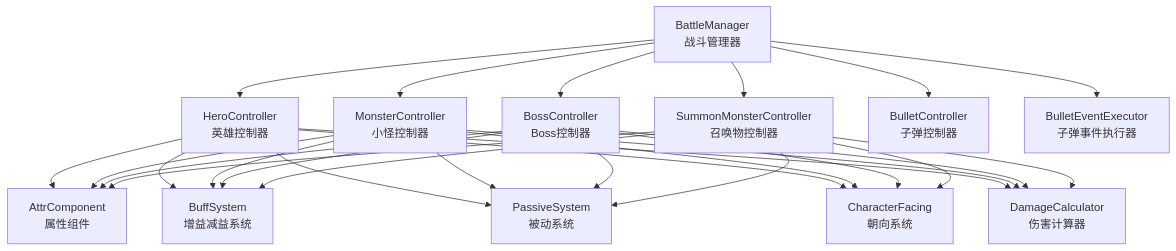
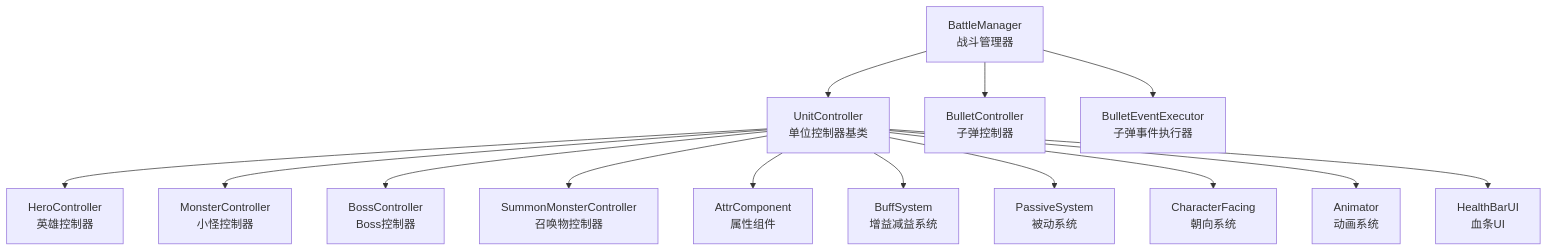
Before and after one commit to Tuusen/p1_client: the first of 7 diagrams in .qoder/repowiki/zh/content/战斗系统/角色控制器/角色控制器.md, drawn with Mermaid. The commit also changed other lines of this file and 13 other files, not shown here.

````diff
--- a/.qoder/repowiki/zh/content/战斗系统/角色控制器/角色控制器.md
+++ b/.qoder/repowiki/zh/content/战斗系统/角色控制器/角色控制器.md
@@ -40,29 +41,16 @@
 ```mermaid
 graph TB
-BM["BattleManager<br/>战斗管理器"] --> HC["HeroController<br/>英雄控制器"]
-BM --> MC["MonsterController<br/>小怪控制器"]
-BM --> BC["BossController<br/>Boss控制器"]
-BM --> SM["SummonMonsterController<br/>召唤物控制器"]
-HC --> AC["AttrComponent<br/>属性组件"]
-MC --> AC
-BC --> AC
-SM --> AC
-HC --> BS["BuffSystem<br/>增益减益系统"]
-MC --> BS
-BC --> BS
-SM --> BS
-HC --> PS["PassiveSystem<br/>被动系统"]
-MC --> PS
-BC --> PS
-SM --> PS
-HC --> CF["CharacterFacing<br/>朝向系统"]
-MC --> CF
-BC --> CF
-SM --> CF
-HC --> DMG["DamageCalculator<br/>伤害计算器"]
-MC --> DMG
-BC --> DMG
-SM --> DMG
+BM["BattleManager<br/>战斗管理器"] --> UC["UnitController<br/>单位控制器基类"]
+UC --> HC["HeroController<br/>英雄控制器"]
+UC --> MC["MonsterController<br/>小怪控制器"]
+UC --> BC["BossController<br/>Boss控制器"]
+UC --> SM["SummonMonsterController<br/>召唤物控制器"]
+UC --> AC["AttrComponent<br/>属性组件"]
+UC --> BS["BuffSystem<br/>增益减益系统"]
+UC --> PS["PassiveSystem<br/>被动系统"]
+UC --> CF["CharacterFacing<br/>朝向系统"]
+UC --> AN["Animator<br/>动画系统"]
+UC --> HPB["HealthBarUI<br/>血条UI"]
 BM --> BLT["BulletController<br/>子弹控制器"]
 BM --> BE["BulletEventExecutor<br/>子弹事件执行器"]
 ```
````
